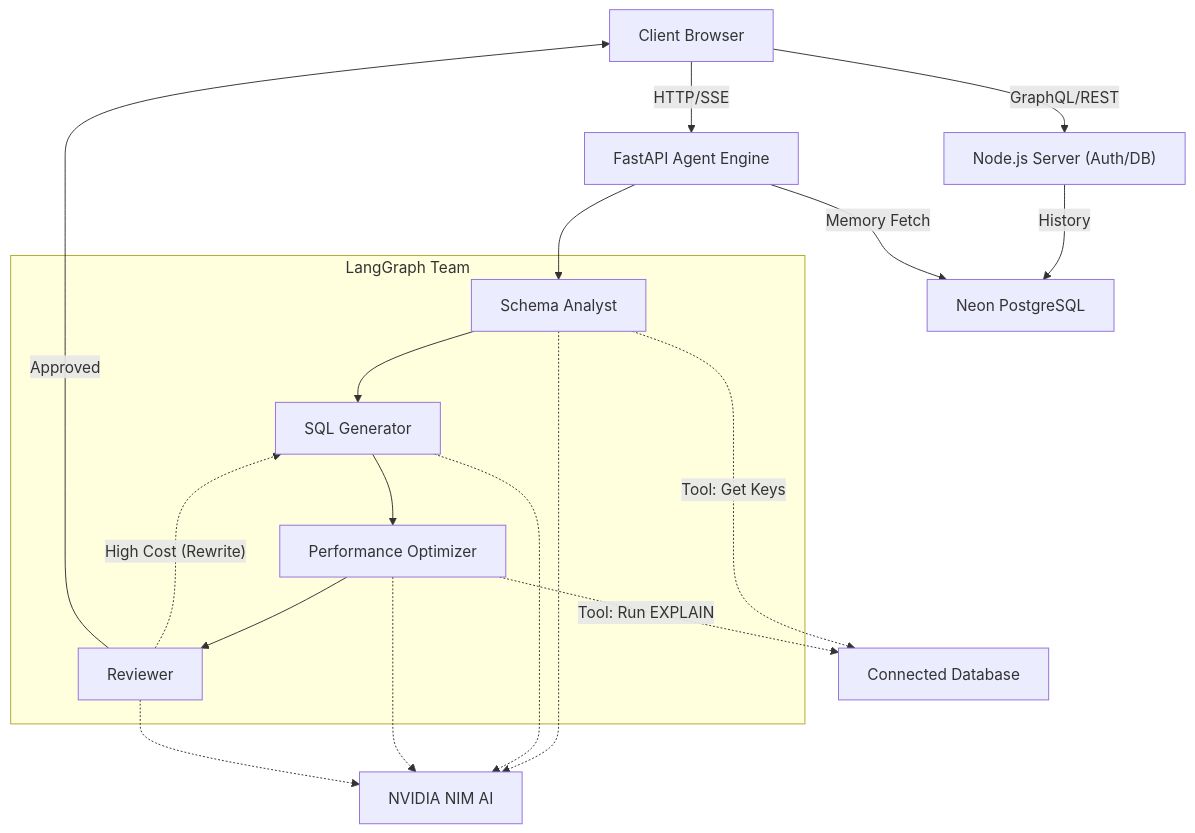
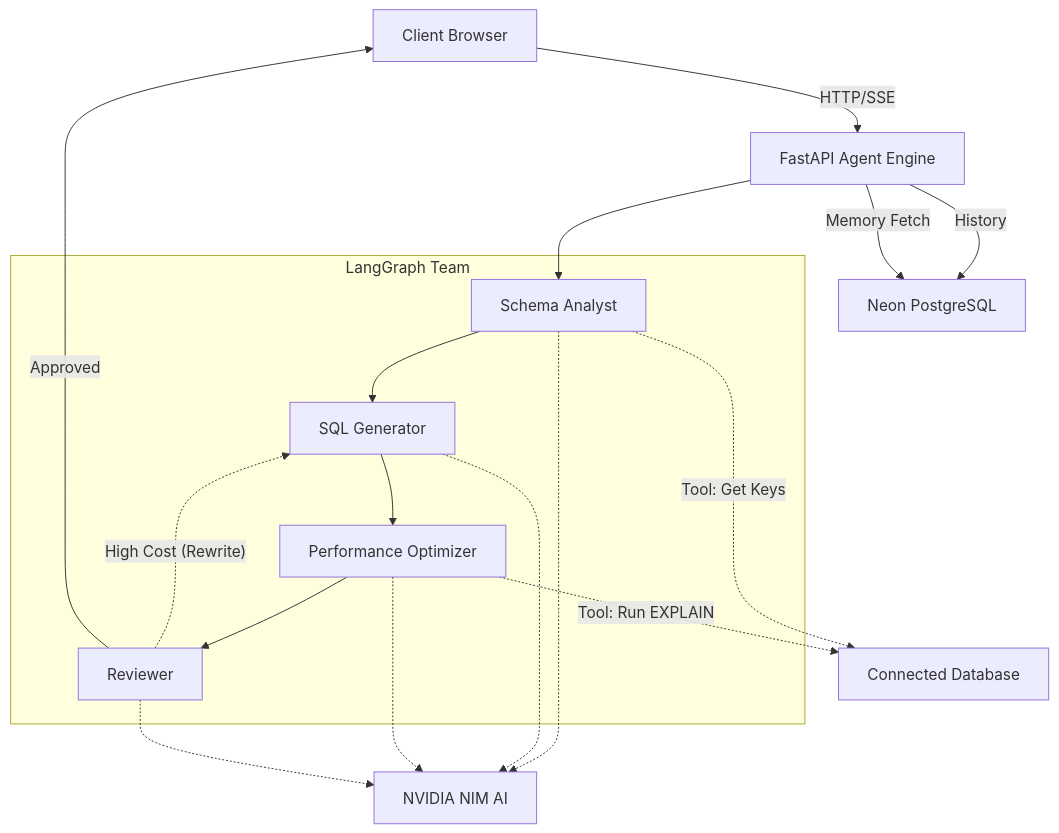
Before and after one commit to rishabhsingh8445/query-sage: the diagram in README.md, drawn with Mermaid. The commit also changed other lines of this file and 1 other file, not shown here.

Commit message:
docs: Remove legacy Node.js backend entirely

````diff
--- a/README.md
+++ b/README.md
@@ -48,36 +48,34 @@
 ```mermaid
 graph TD
     %% Core Nodes
     Client["Client Browser"]
-    NodeAPI["Node.js Server (Auth/DB)"]
     PythonAPI["FastAPI Agent Engine"]
     Neon["Neon PostgreSQL"]
     LLM["NVIDIA NIM AI"]
     LiveDB["Connected Database"]
 
     %% LangGraph Agents
     subgraph "LangGraph Team"
         Schema["Schema Analyst"]
         Gen["SQL Generator"]
         Opt["Performance Optimizer"]
         Rev["Reviewer"]
     end
 
     %% Edges
     Client -->|"HTTP/SSE"| PythonAPI
-    Client -->|"GraphQL/REST"| NodeAPI
-    NodeAPI -->|"History"| Neon
+    PythonAPI -->|"History"| Neon
     PythonAPI -->|"Memory Fetch"| Neon
     PythonAPI --> Schema
     Schema --> Gen
     Gen --> Opt
     Opt --> Rev
     Rev -.->|"High Cost (Rewrite)"| Gen
     Rev -->|"Approved"| Client
     Schema -.->|"Tool: Get Keys"| LiveDB
     Opt -.->|"Tool: Run EXPLAIN"| LiveDB
     Schema -.-> LLM
     Gen -.-> LLM
     Opt -.-> LLM
     Rev -.-> LLM
 ```
````
